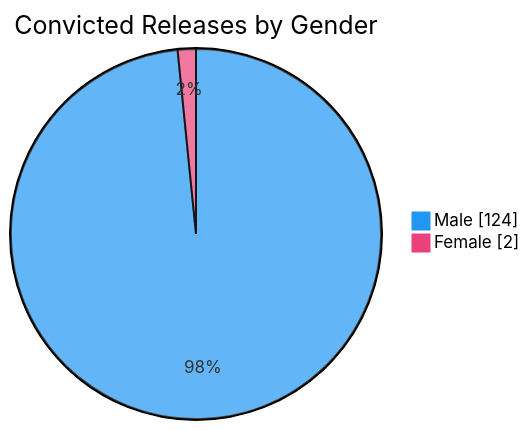
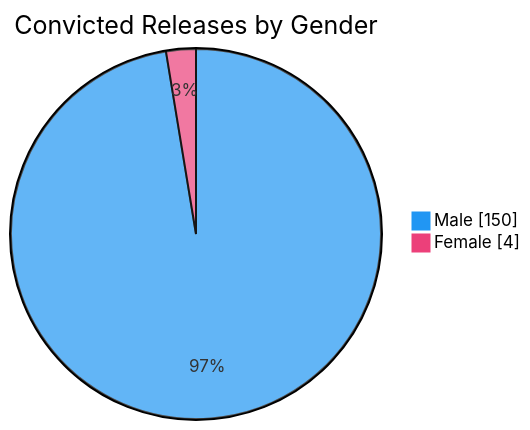
One commit to nuuuwan/lk_prisons changed the sixth of 7 diagrams in README.md. Above: the diagram before and after it, drawn with Mermaid. The commit also changed other lines of this file and 1 other file, not shown here.

````diff
--- a/README.md
+++ b/README.md
@@ -98,6 +98,6 @@
 ```mermaid
 %%{init: {'themeVariables': {'pie1': '#2196F3', 'pie2': '#EC407A'}}}%%
 pie showData title Convicted Releases by Gender
-    "Male" : 124
-    "Female" : 2
+    "Male" : 150
+    "Female" : 4
 ```
````
